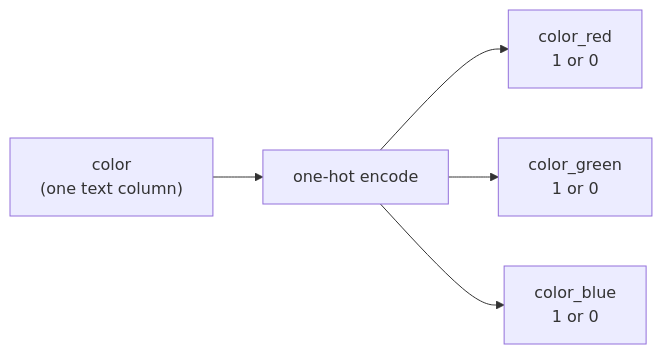
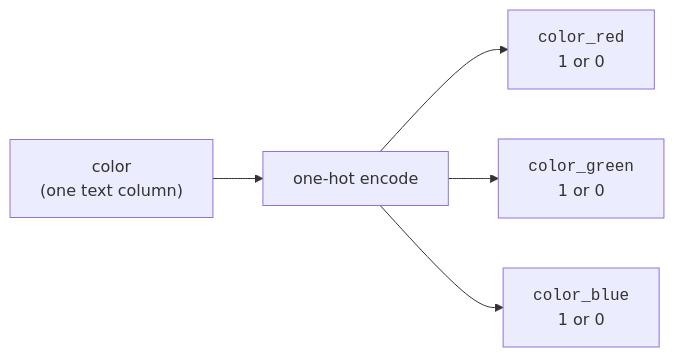
The diagram in content/learn/machine-learning-scikit-learn/encoding-categorical-features.mdx (dataslope/dataslope), drawn with Mermaid before and after one commit. The commit also changed 153 other files, not shown here.

First line of the commit message:
Render code-only mermaid shapes in monospace; convert step sequences to Steps

````diff
--- a/content/learn/machine-learning-scikit-learn/encoding-categorical-features.mdx
+++ b/content/learn/machine-learning-scikit-learn/encoding-categorical-features.mdx
@@ -132,7 +132,7 @@
 ```mermaid
 flowchart LR
     A["color<br/>(one text column)"] --> B["one-hot encode"]
-    B --> C["color_red<br/>1 or 0"]
-    B --> D["color_green<br/>1 or 0"]
-    B --> E["color_blue<br/>1 or 0"]
+    B --> C["<code>color_red</code><br/>1 or 0"]
+    B --> D["<code>color_green</code><br/>1 or 0"]
+    B --> E["<code>color_blue</code><br/>1 or 0"]
 ```
````
